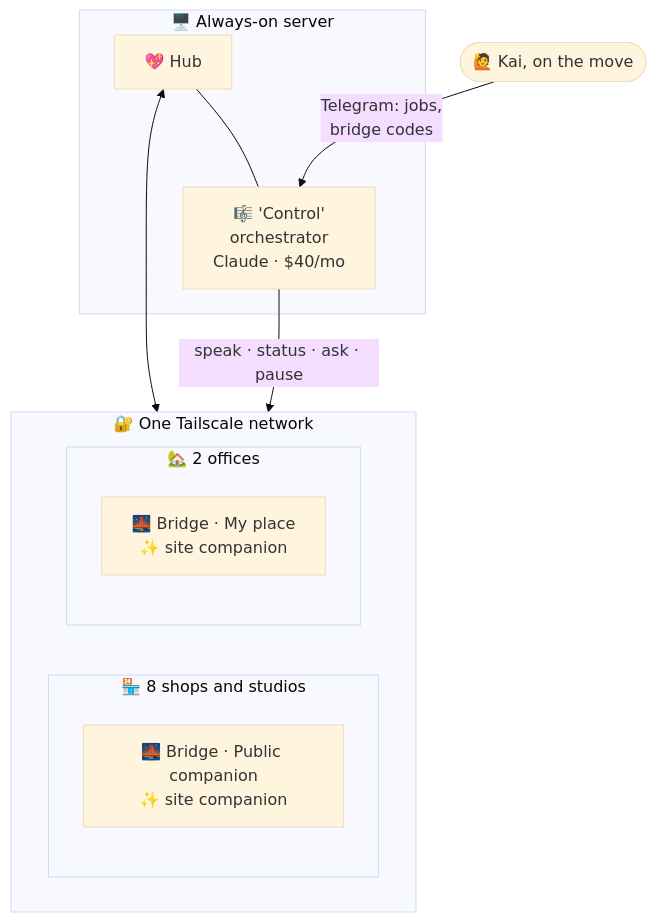
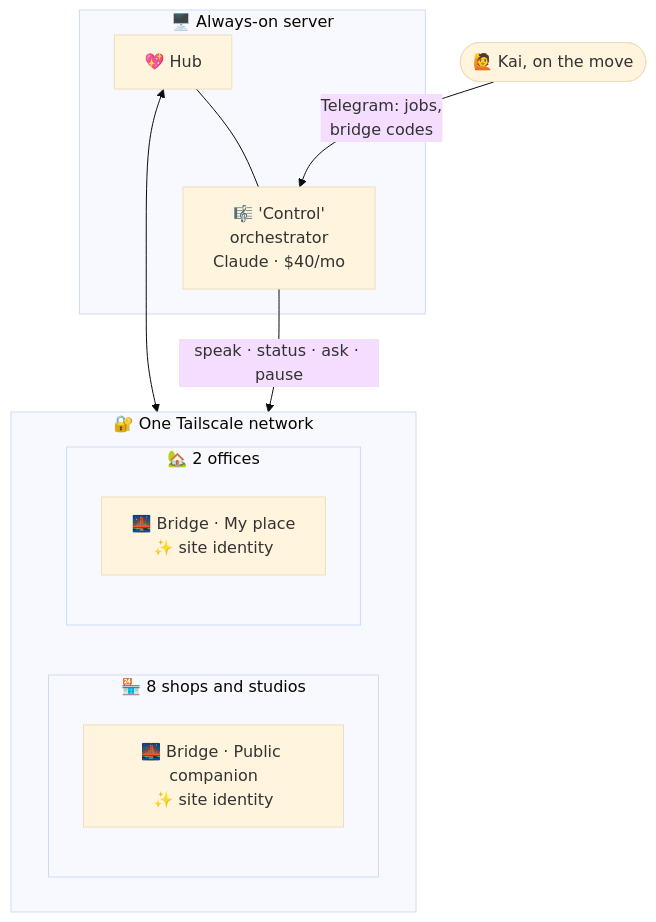
Diagram 15 of 20 in docs/USE_CASES.md (Smugandcomfy/waifu-ai-desktop), drawn with Mermaid (base theme) before and after one commit. The commit also changed other lines of this file and 14 other files, not shown here.

Commit message:
Docs say identity, as the app does (owner, 19 Nov): companion → identity throughout; Hologram Companion and the Public companion role keep their names; file names and anchors unchanged

````diff
--- a/docs/USE_CASES.md
+++ b/docs/USE_CASES.md
@@ -535,19 +535,19 @@
 ```mermaid
 flowchart TB
     KAI(["🙋 Kai, on the move"]) -- "Telegram: jobs,<br/>bridge codes" --> CTRL
     subgraph SRV["🖥️ Always-on server"]
         HUB["💖 Hub"]
         CTRL["🎼 'Control'<br/>orchestrator<br/>Claude · $40/mo"]
         HUB --- CTRL
     end
     subgraph TS["🔐 One Tailscale network"]
         subgraph PUB["🏪 8 shops and studios"]
-            P1["🌉 Bridge · Public companion<br/>✨ site companion"]
+            P1["🌉 Bridge · Public companion<br/>✨ site identity"]
         end
         subgraph MP["🏡 2 offices"]
-            M1["🌉 Bridge · My place<br/>✨ site companion"]
+            M1["🌉 Bridge · My place<br/>✨ site identity"]
         end
     end
     HUB <--> TS
     CTRL -- "speak · status · ask · pause" --> TS
 ```
````
